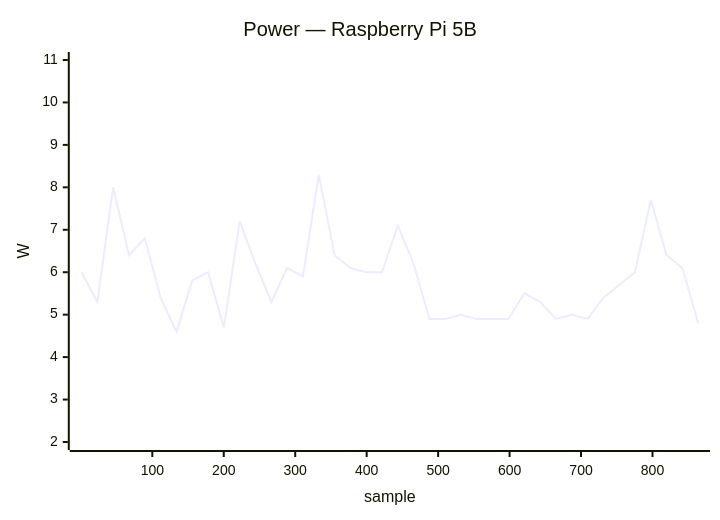
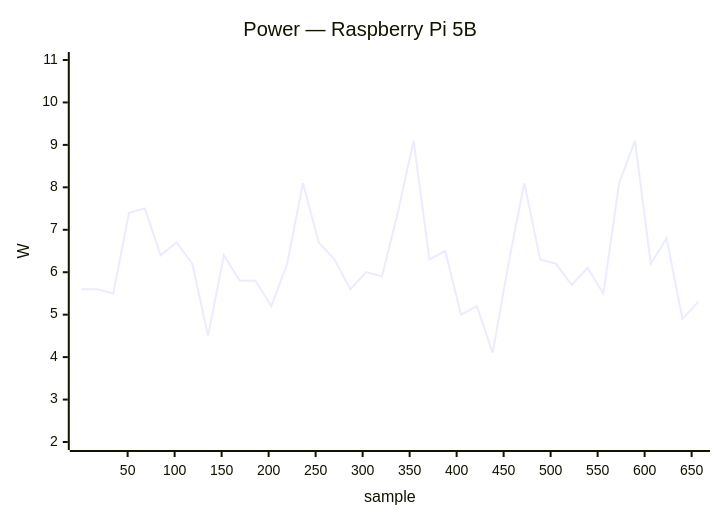
One commit to armbian/documentation changed diagram 35 of 49 in docs/status/board-tests.md. Above: the diagram before and after it, drawn with Mermaid. The commit also changed other lines of this file, not shown here.

````diff
--- a/docs/status/board-tests.md
+++ b/docs/status/board-tests.md
@@ -1611,7 +1611,7 @@
 ```mermaid
 xychart-beta
     title "Power — Raspberry Pi 5B"
-    x-axis "sample" 1 --> 864
+    x-axis "sample" 1 --> 657
     y-axis "W" 2.0 --> 11.0
-    line [6.0, 5.3, 8.0, 6.4, 6.8, 5.4, 4.6, 5.8, 6.0, 4.7, 7.2, 6.2, 5.3, 6.1, 5.9, 8.3, 6.4, 6.1, 6.0, 6.0, 7.1, 6.2, 4.9, 4.9, 5.0, 4.9, 4.9, 4.9, 5.5, 5.3, 4.9, 5.0, 4.9, 5.4, 5.7, 6.0, 7.7, 6.4, 6.1, 4.8]
+    line [5.6, 5.6, 5.5, 7.4, 7.5, 6.4, 6.7, 6.2, 4.5, 6.4, 5.8, 5.8, 5.2, 6.2, 8.1, 6.7, 6.3, 5.6, 6.0, 5.9, 7.4, 9.1, 6.3, 6.5, 5.0, 5.2, 4.1, 6.2, 8.1, 6.3, 6.2, 5.7, 6.1, 5.5, 8.1, 9.1, 6.2, 6.8, 4.9, 5.3]
 ```
````
